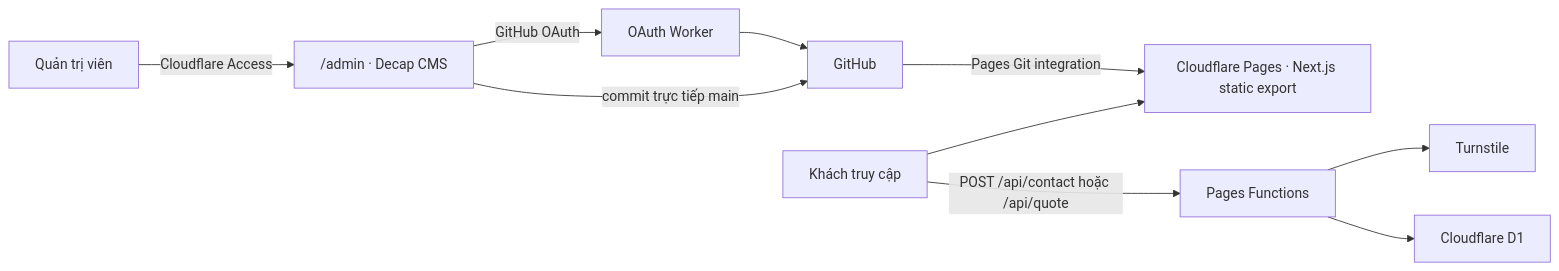
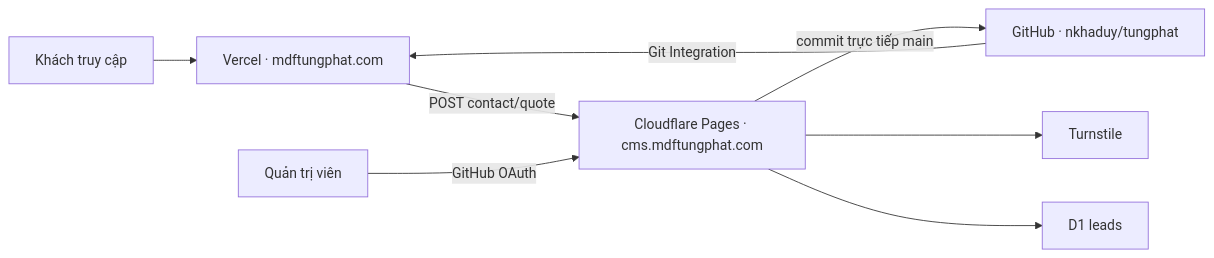
One commit to nkhaduy/tungphat changed the diagram in docs/ARCHITECTURE.md. Above: the diagram before and after it, drawn with Mermaid. The commit also changed other lines of this file and 67 other files, not shown here.

Commit message:
feat: deploy hybrid Vercel and Cloudflare CMS architecture

````diff
--- a/docs/ARCHITECTURE.md
+++ b/docs/ARCHITECTURE.md
@@ -7,12 +7,10 @@
 ```mermaid
 flowchart LR
-  A["Quản trị viên"] -->|"Cloudflare Access"| B["/admin · Decap CMS"]
-  B -->|"GitHub OAuth"| C["OAuth Worker"]
-  C --> D["GitHub"]
-  B -->|"commit trực tiếp main"| D
-  D -->|"Pages Git integration"| E["Cloudflare Pages · Next.js static export"]
-  F["Khách truy cập"] --> E
-  F -->|"POST /api/contact hoặc /api/quote"| G["Pages Functions"]
-  G --> H["Turnstile"]
-  G --> I["Cloudflare D1"]
+  V["Khách truy cập"] --> W["Vercel · mdftungphat.com"]
+  W -->|"POST contact/quote"| C["Cloudflare Pages · cms.mdftungphat.com"]
+  A["Quản trị viên"] -->|"GitHub OAuth"| C
+  C -->|"commit trực tiếp main"| G["GitHub · nkhaduy/tungphat"]
+  G -->|"Git Integration"| W
+  C --> T["Turnstile"]
+  C --> D["D1 leads"]
 ```
````
